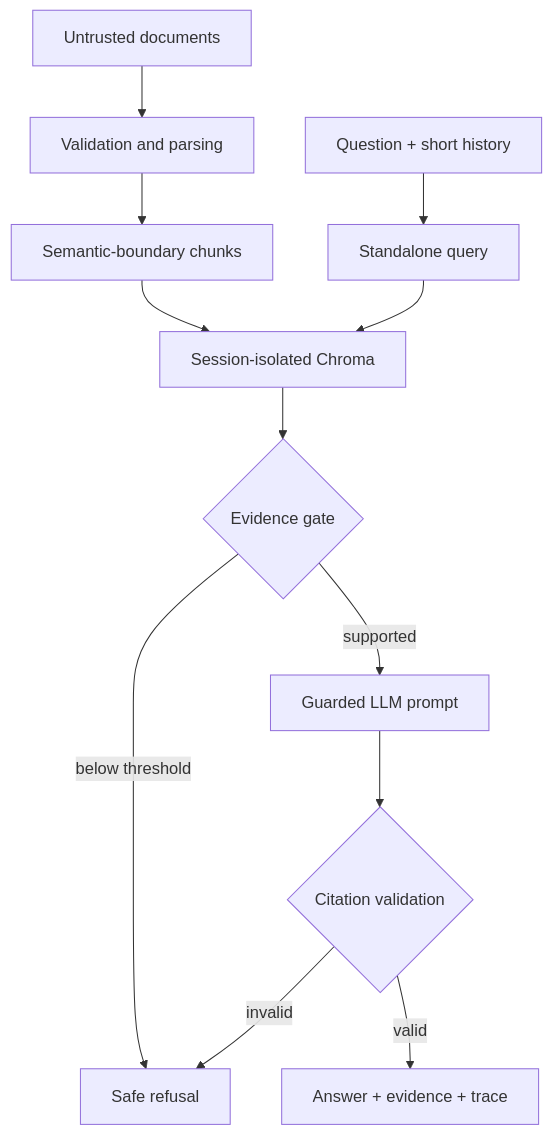
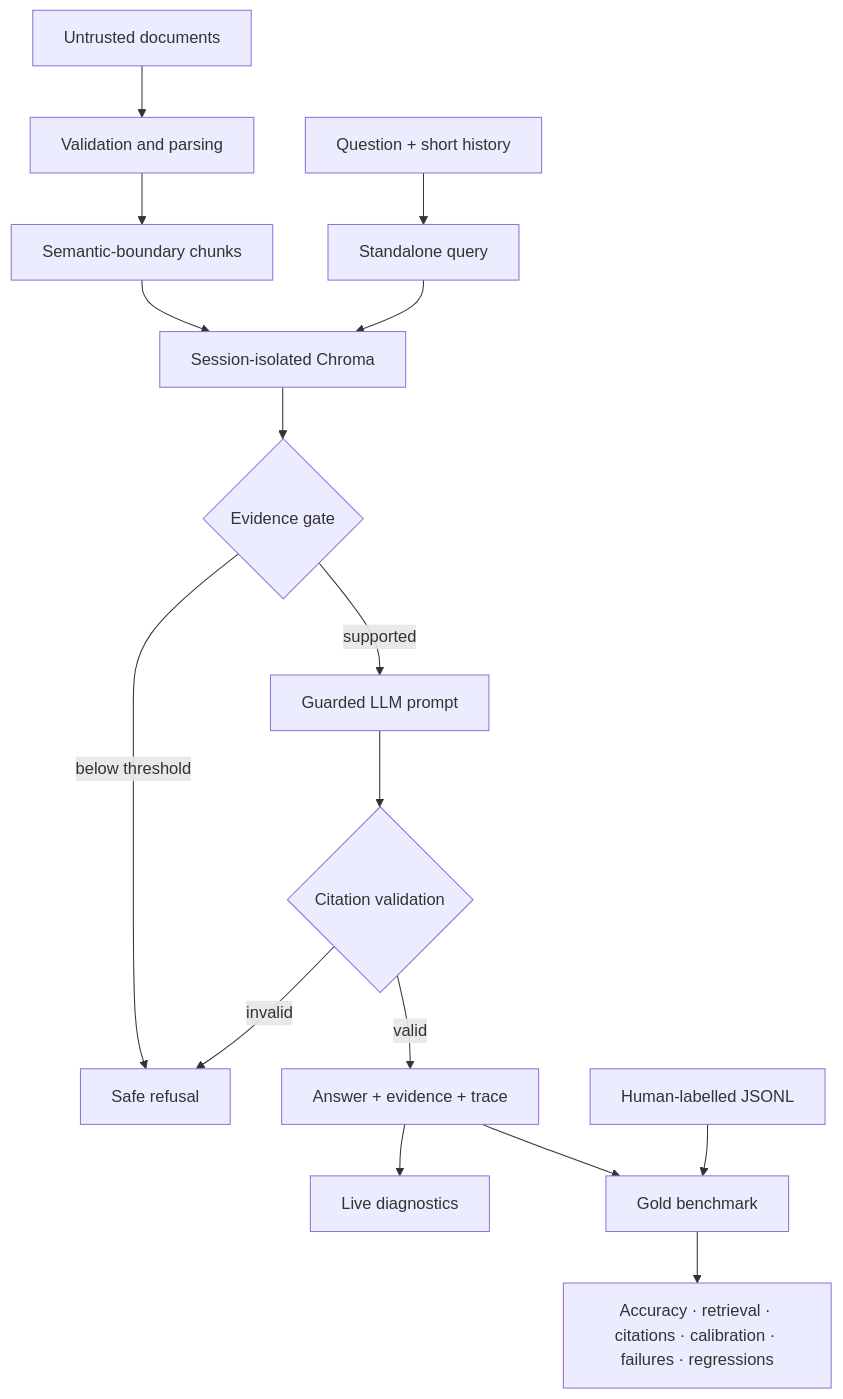
The diagram in README.md (mohit231007/verirag-intelligence-studio), drawn with Mermaid before and after one commit. The commit also changed other lines of this file, not shown here.

Commit message:
Document gold-grounded evaluation and benchmark workflow

````diff
--- a/README.md
+++ b/README.md
@@ -21,14 +23,18 @@
 ```mermaid
 flowchart TD
     A["Untrusted documents"] --> B["Validation and parsing"]
     B --> C["Semantic-boundary chunks"]
     C --> D["Session-isolated Chroma"]
     Q["Question + short history"] --> R["Standalone query"]
     R --> D
     D --> G{"Evidence gate"}
     G -->|below threshold| X["Safe refusal"]
     G -->|supported| L["Guarded LLM prompt"]
     L --> V{"Citation validation"}
     V -->|invalid| X
     V -->|valid| O["Answer + evidence + trace"]
+    O --> E["Live diagnostics"]
+    GOLD["Human-labelled JSONL"] --> BMARK["Gold benchmark"]
+    O --> BMARK
+    BMARK --> M["Accuracy · retrieval · citations · calibration · failures · regressions"]
 ```
````
